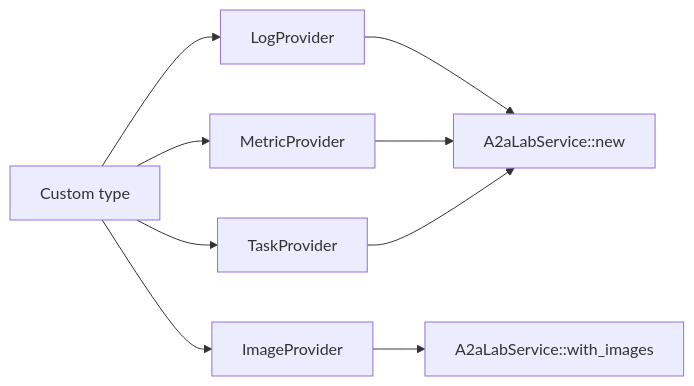
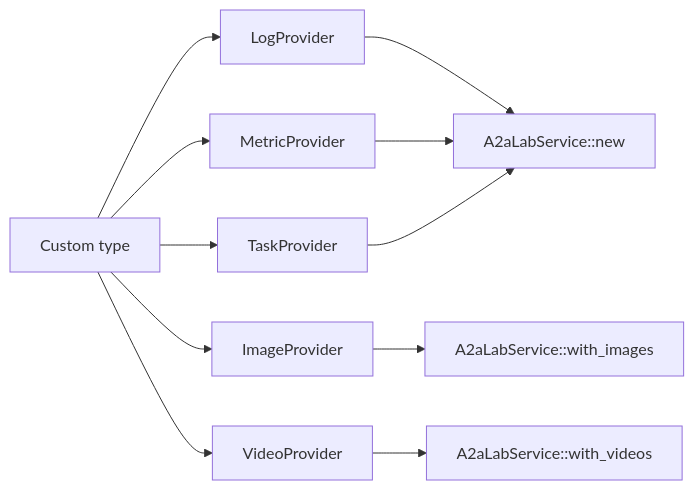
One commit to A3Analytics/a2a-lab-dev-kit-rs changed the diagram in backlog/docs/guide/custom-provider/doc-21 - Implement-a-custom-provider.md. Above: the diagram before and after it, drawn with Mermaid. The commit also changed other lines of this file and 100 other files, not shown here.

First line of the commit message:
Add video support to A2A-LAB devkit and web UI

````diff
--- a/backlog/docs/guide/custom-provider/doc-21 - Implement-a-custom-provider.md
+++ b/backlog/docs/guide/custom-provider/doc-21 - Implement-a-custom-provider.md
@@ -15,13 +15,15 @@
 ```mermaid
 flowchart LR
   accTitle: Wire a custom provider
-  accDescr: A custom type implements LogProvider, MetricProvider, TaskProvider, or ImageProvider. A2aLabService::new accepts the first three. with_images accepts ImageProvider.
+  accDescr: A custom type implements LogProvider, MetricProvider, TaskProvider, ImageProvider, or VideoProvider. A2aLabService::new accepts the first three. with_images accepts ImageProvider. with_videos accepts VideoProvider.
   custom["Custom type"] --> logs["LogProvider"]
   custom --> metrics["MetricProvider"]
   custom --> tasks["TaskProvider"]
   custom --> images["ImageProvider"]
+  custom --> videos["VideoProvider"]
   logs --> service["A2aLabService::new"]
   metrics --> service
   tasks --> service
   images --> attached["A2aLabService::with_images"]
+  videos --> videoAttached["A2aLabService::with_videos"]
 ```
````
